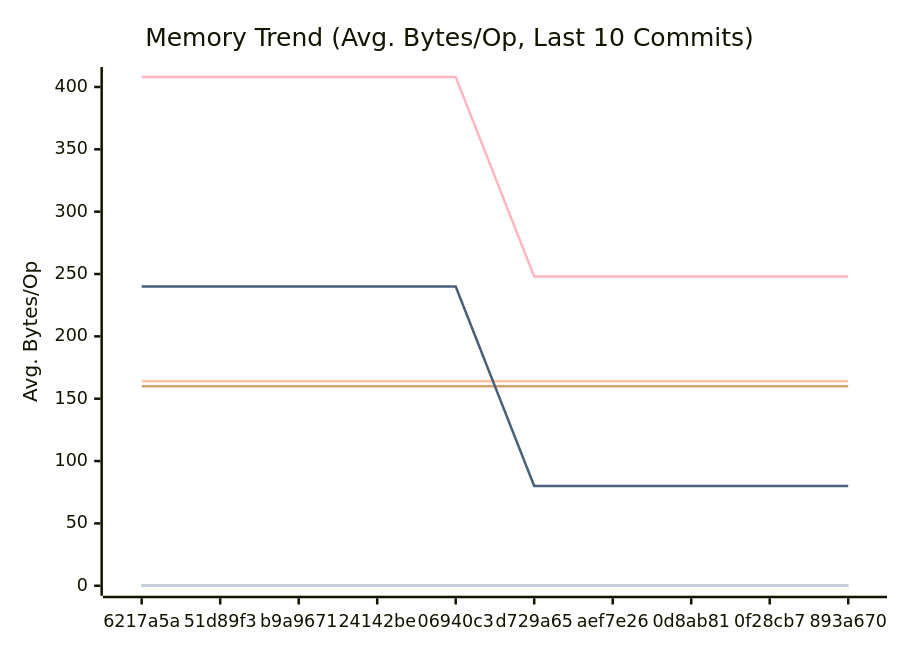
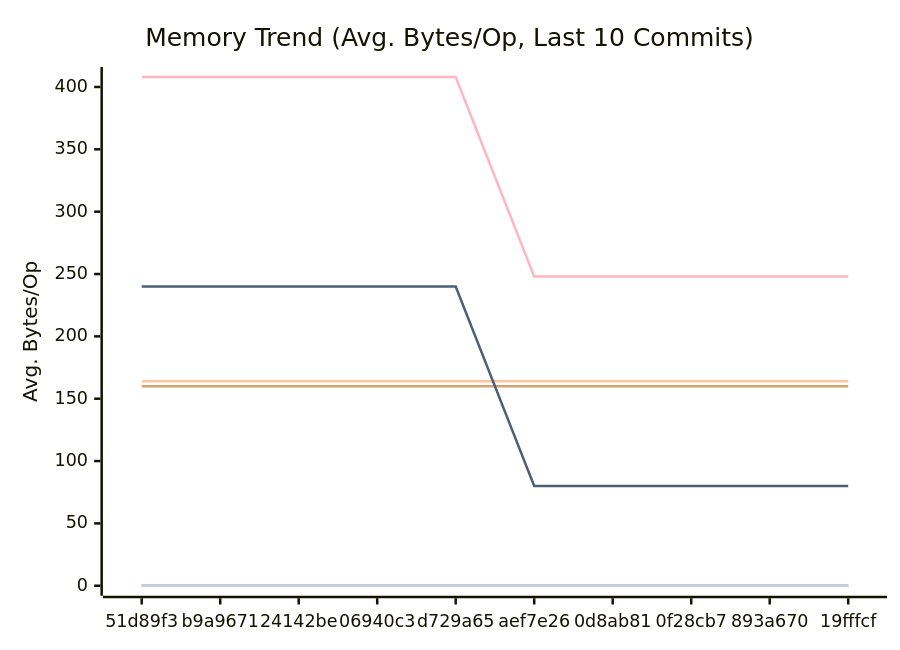
One commit to alsotoes/momo changed the second of 3 diagrams in docs/PERFORMANCE.md. Above: the diagram before and after it, drawn with Mermaid. The commit also changed other lines of this file and 3 other files, not shown here.

````diff
--- a/docs/PERFORMANCE.md
+++ b/docs/PERFORMANCE.md
@@ -97,16 +97,16 @@
 ```mermaid
 xychart-beta
     title "Memory Trend (Avg. Bytes/Op, Last 10 Commits)"
     x-axis "Commit"
     y-axis "Avg. Bytes/Op"
-    x-axis [6217a5a,51d89f3,b9a9671,24142be,06940c3,d729a65,aef7e26,0d8ab81,0f28cb7,893a670]
+    x-axis [51d89f3,b9a9671,24142be,06940c3,d729a65,aef7e26,0d8ab81,0f28cb7,893a670,19fffcf]
     line "CheckMetricsAndSwap" [0,0,0,0,0,0,0,0,0,0]
     line "CrushOptimized" [0,0,0,0,0,0,0,0,0,0]
     line "CrushOriginal" [164,164,164,164,164,164,164,164,164,164]
     line "IndexDirectTracking" [0,0,0,0,0,0,0,0,0,0]
     line "IndexSearch" [0,0,0,0,0,0,0,0,0,0]
     line "LoadGlobalConfig" [160,160,160,160,160,160,160,160,160,160]
     line "PadString" [0,0,0,0,0,0,0,0,0,0]
     line "ParseReplicationOrder_NoPrealloc" [408,408,408,408,408,248,248,248,248,248]
     line "ParseReplicationOrder_Prealloc" [240,240,240,240,240,80,80,80,80,80]
 ```
````
